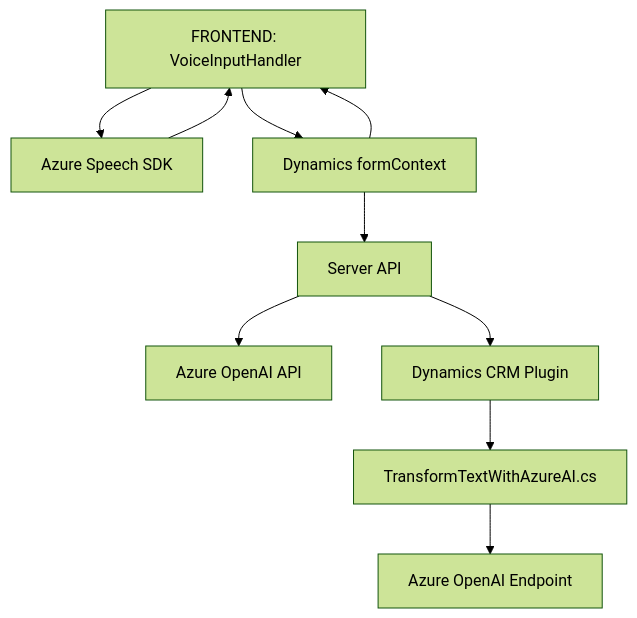
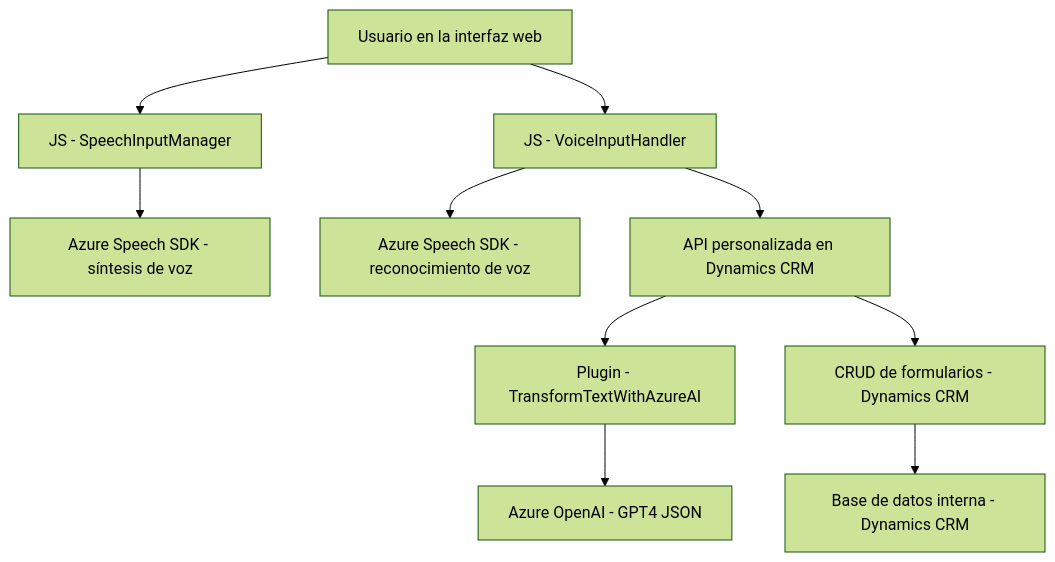
Before and after one commit to blopezdm/NETCORE_BILBAO2025: the diagram in README.md, drawn with Mermaid (forest theme). The commit also changed other lines of this file, not shown here.

````diff
--- a/README.md
+++ b/README.md
@@ -48,12 +61,12 @@
 ```mermaid
 graph TD
-    A["FRONTEND: VoiceInputHandler"] --> B["Azure Speech SDK"]
-    A --> C["Dynamics formContext"]
-    B --> A
-    C --> A
-    C --> D["Server API"]
-    D --> E["Azure OpenAI API"]
-    D --> F["Dynamics CRM Plugin"]
-    F --> G["TransformTextWithAzureAI.cs"]
-    G --> H["Azure OpenAI Endpoint"]
+    A["Usuario en la interfaz web"] --> B["JS - SpeechInputManager"]
+    A["Usuario en la interfaz web"] --> C["JS - VoiceInputHandler"]
+    B["JS - SpeechInputManager"] --> D["Azure Speech SDK - síntesis de voz"]
+    C["JS - VoiceInputHandler"] --> E["Azure Speech SDK - reconocimiento de voz"]
+    C["JS - VoiceInputHandler"] --> F["API personalizada en Dynamics CRM"]
+    F["API personalizada en Dynamics CRM"] --> G["Plugin - TransformTextWithAzureAI"]
+    F["API personalizada en Dynamics CRM"] --> H["CRUD de formularios - Dynamics CRM"]
+    G["Plugin - TransformTextWithAzureAI"] --> I["Azure OpenAI - GPT4 JSON"]
+    H["CRUD de formularios - Dynamics CRM"] --> J["Base de datos interna - Dynamics CRM"]
 ```
````
